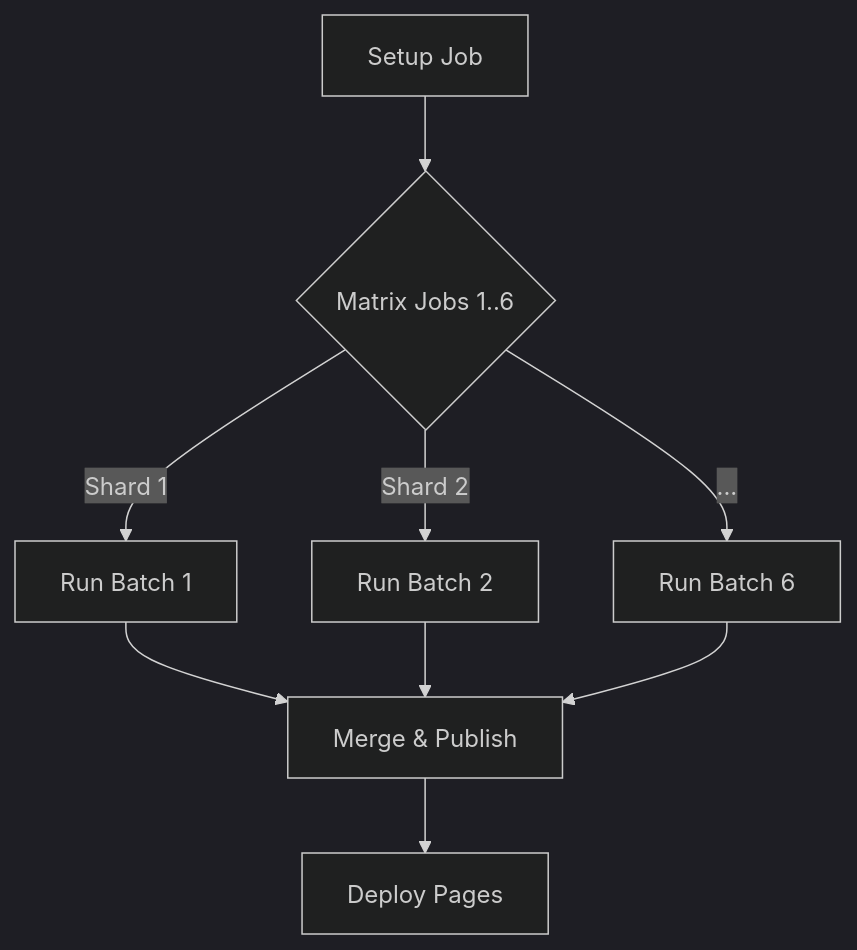
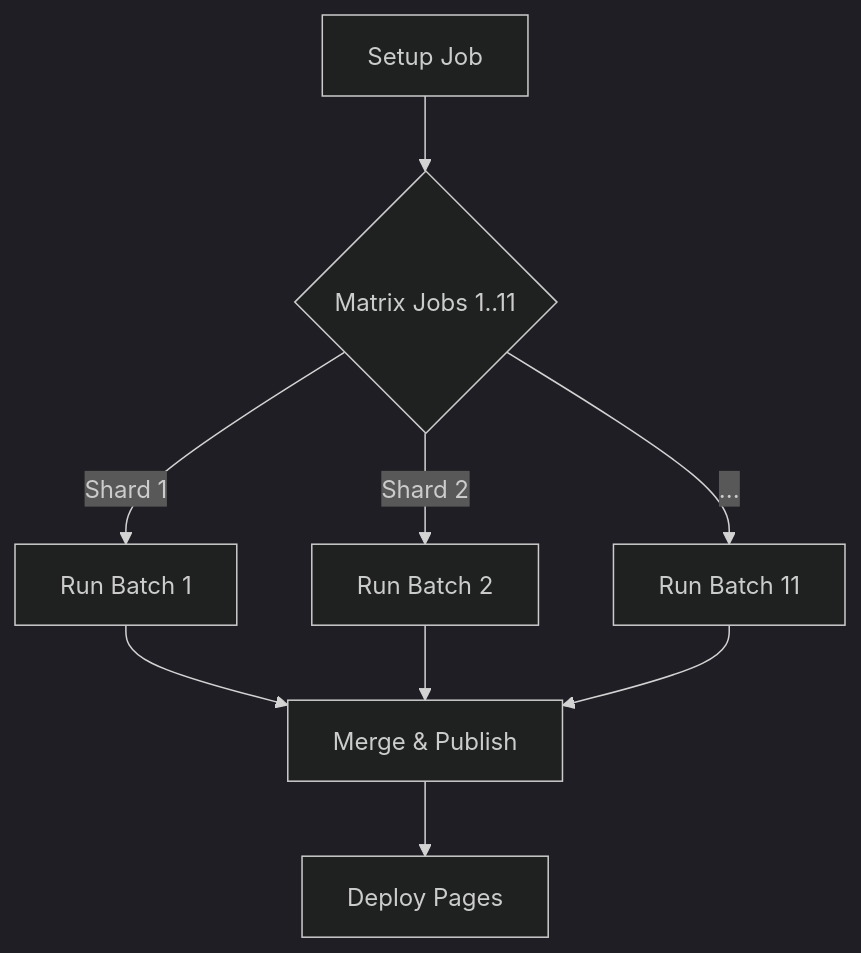
The diagram in docs/wiki/project/05-devops.md (AmirrezaFarnamTaheri/ConfigStream), drawn with Mermaid (dark theme) before and after one commit. The commit also changed other lines of this file and 78 other files, not shown here.

````diff
--- a/docs/wiki/project/05-devops.md
+++ b/docs/wiki/project/05-devops.md
@@ -18,11 +18,11 @@
 ```mermaid
 graph TD
-    A[Setup Job] --> B{Matrix Jobs 1..6}
+    A[Setup Job] --> B{Matrix Jobs 1..11}
     B -->|Shard 1| C1[Run Batch 1]
     B -->|Shard 2| C2[Run Batch 2]
-    B -->|...| C3[Run Batch 6]
+    B -->|...| C3[Run Batch 11]
     C1 --> D[Merge & Publish]
     C2 --> D
     C3 --> D
     D --> E[Deploy Pages]
 ```
````
